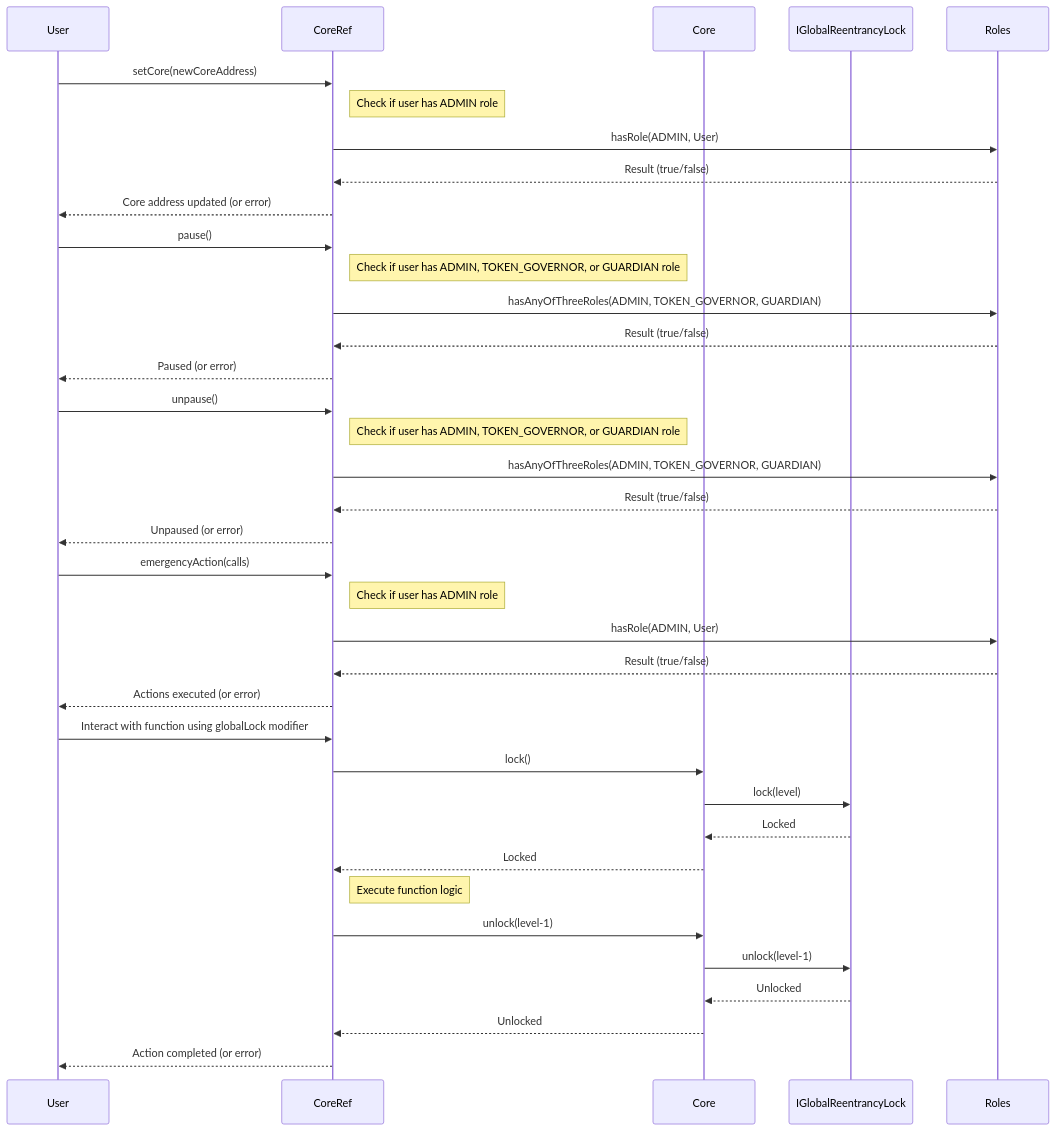
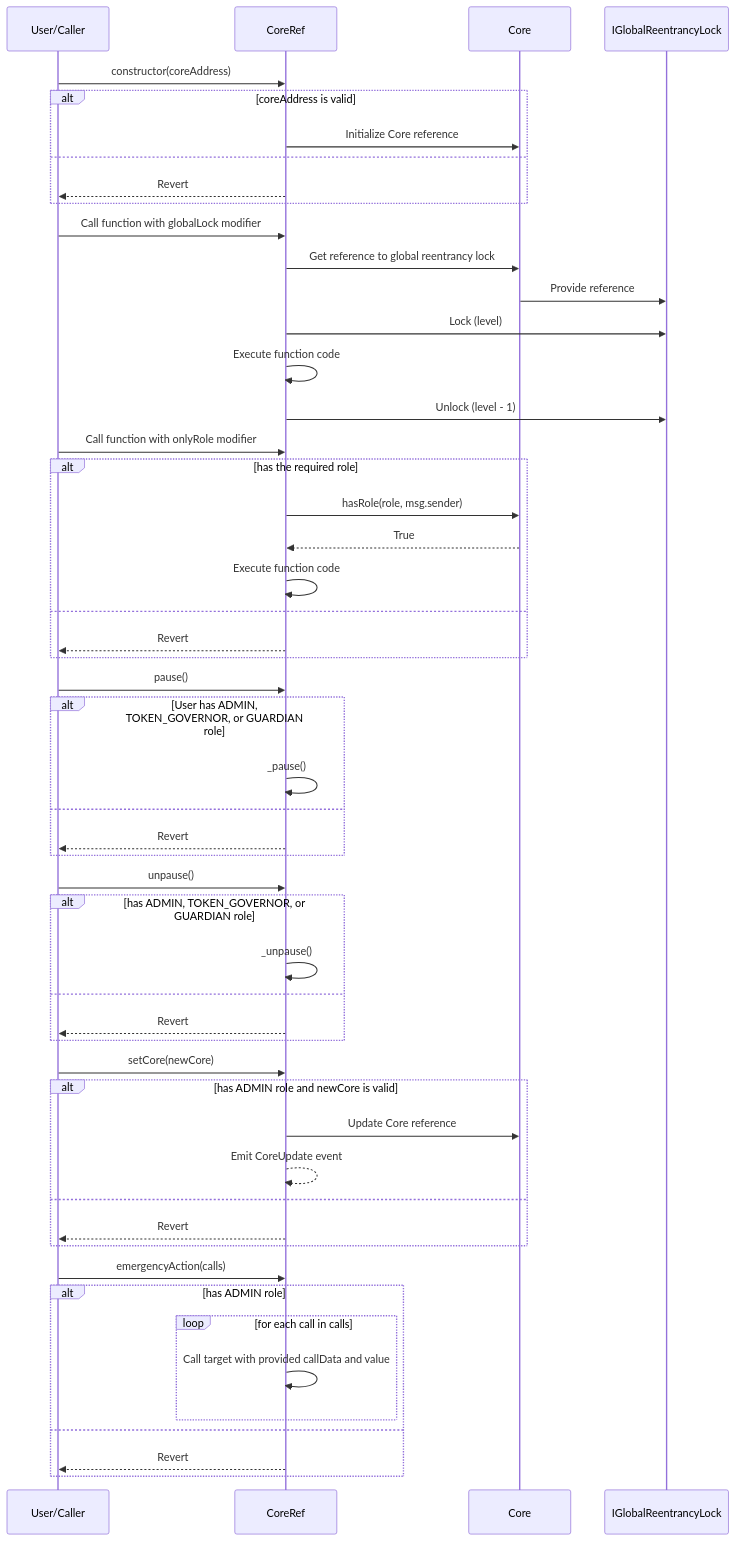
One commit to ZTX-Foundation/tuxedo changed the second of 2 diagrams in doc/contracts/refs/CoreRef.md. Above: the diagram before and after it, drawn with Mermaid. The commit also changed other lines of this file and 37 other files, not shown here.

````diff
--- a/doc/contracts/refs/CoreRef.md
+++ b/doc/contracts/refs/CoreRef.md
@@ -64,44 +20,61 @@
 ```mermaid
 sequenceDiagram
-    participant User
+    participant User as User/Caller
     participant CoreRef
     participant Core
-    participant IGlobalReentrancyLock
-    participant Roles
-    
-    User->>CoreRef: setCore(newCoreAddress)
-    note right of CoreRef: Check if user has ADMIN role
-    CoreRef->>Roles: hasRole(ADMIN, User)
-    Roles-->>CoreRef: Result (true/false)
-    CoreRef-->>User: Core address updated (or error)
-    
+    participant Lock as IGlobalReentrancyLock
+
+    User->>CoreRef: constructor(coreAddress)
+    alt coreAddress is valid
+        CoreRef->>Core: Initialize Core reference
+    else
+        CoreRef-->>User: Revert
+    end
+
+    User->>CoreRef: Call function with globalLock modifier
+    CoreRef->>Core: Get reference to global reentrancy lock
+    Core->>Lock: Provide reference
+    CoreRef->>Lock: Lock (level)
+    CoreRef->>CoreRef: Execute function code
+    CoreRef->>Lock: Unlock (level - 1)
+
+    User->>CoreRef: Call function with onlyRole modifier
+    alt has the required role
+        CoreRef->>Core: hasRole(role, msg.sender)
+        Core-->>CoreRef: True
+        CoreRef->>CoreRef: Execute function code
+    else
+        CoreRef-->>User: Revert
+    end
+
     User->>CoreRef: pause()
-    note right of CoreRef: Check if user has ADMIN, TOKEN_GOVERNOR, or GUARDIAN role
-    CoreRef->>Roles: hasAnyOfThreeRoles(ADMIN, TOKEN_GOVERNOR, GUARDIAN)
-    Roles-->>CoreRef: Result (true/false)
-    CoreRef-->>User: Paused (or error)
-    
+    alt User has ADMIN, TOKEN_GOVERNOR, or GUARDIAN role
+        CoreRef->>CoreRef: _pause()
+    else
+        CoreRef-->>User: Revert
+    end
+
     User->>CoreRef: unpause()
-    note right of CoreRef: Check if user has ADMIN, TOKEN_GOVERNOR, or GUARDIAN role
-    CoreRef->>Roles: hasAnyOfThreeRoles(ADMIN, TOKEN_GOVERNOR, GUARDIAN)
-    Roles-->>CoreRef: Result (true/false)
-    CoreRef-->>User: Unpaused (or error)
+    alt has ADMIN, TOKEN_GOVERNOR, or GUARDIAN role
+        CoreRef->>CoreRef: _unpause()
+    else
+        CoreRef-->>User: Revert
+    end
+
+    User->>CoreRef: setCore(newCore)
+    alt has ADMIN role and newCore is valid
+        CoreRef->>Core: Update Core reference
+        CoreRef-->>CoreRef: Emit CoreUpdate event
+    else
+        CoreRef-->>User: Revert
+    end
 
     User->>CoreRef: emergencyAction(calls)
-    note right of CoreRef: Check if user has ADMIN role
-    CoreRef->>Roles: hasRole(ADMIN, User)
-    Roles-->>CoreRef: Result (true/false)
-    CoreRef-->>User: Actions executed (or error)
-    
-    User->>CoreRef: Interact with function using globalLock modifier
-    CoreRef->>Core: lock()
-    Core->>IGlobalReentrancyLock: lock(level)
-    IGlobalReentrancyLock-->>Core: Locked
-    Core-->>CoreRef: Locked
-    note right of CoreRef: Execute function logic
-    CoreRef->>Core: unlock(level-1)
-    Core->>IGlobalReentrancyLock: unlock(level-1)
-    IGlobalReentrancyLock-->>Core: Unlocked
-    Core-->>CoreRef: Unlocked
-    CoreRef-->>User: Action completed (or error)
+    alt has ADMIN role
+        loop for each call in calls
+            CoreRef->>CoreRef: Call target with provided callData and value
+        end
+    else
+        CoreRef-->>User: Revert
+    end
 ```
````
